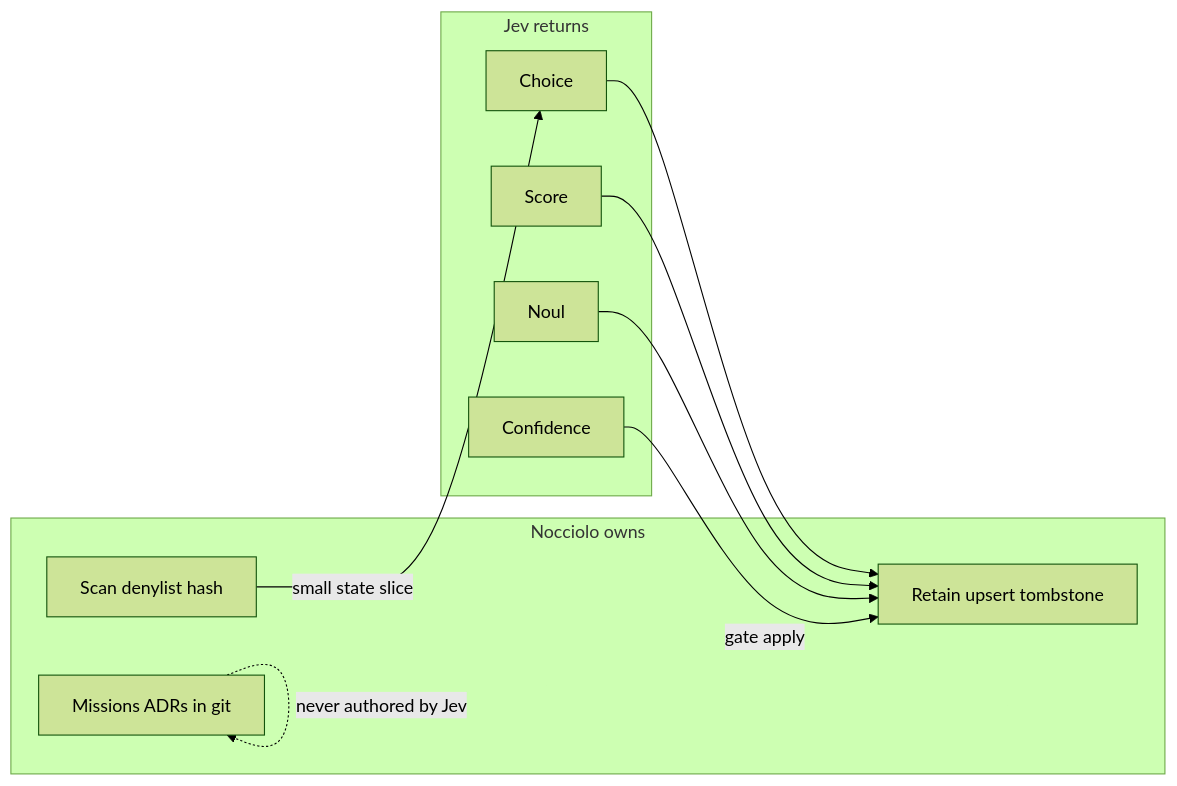
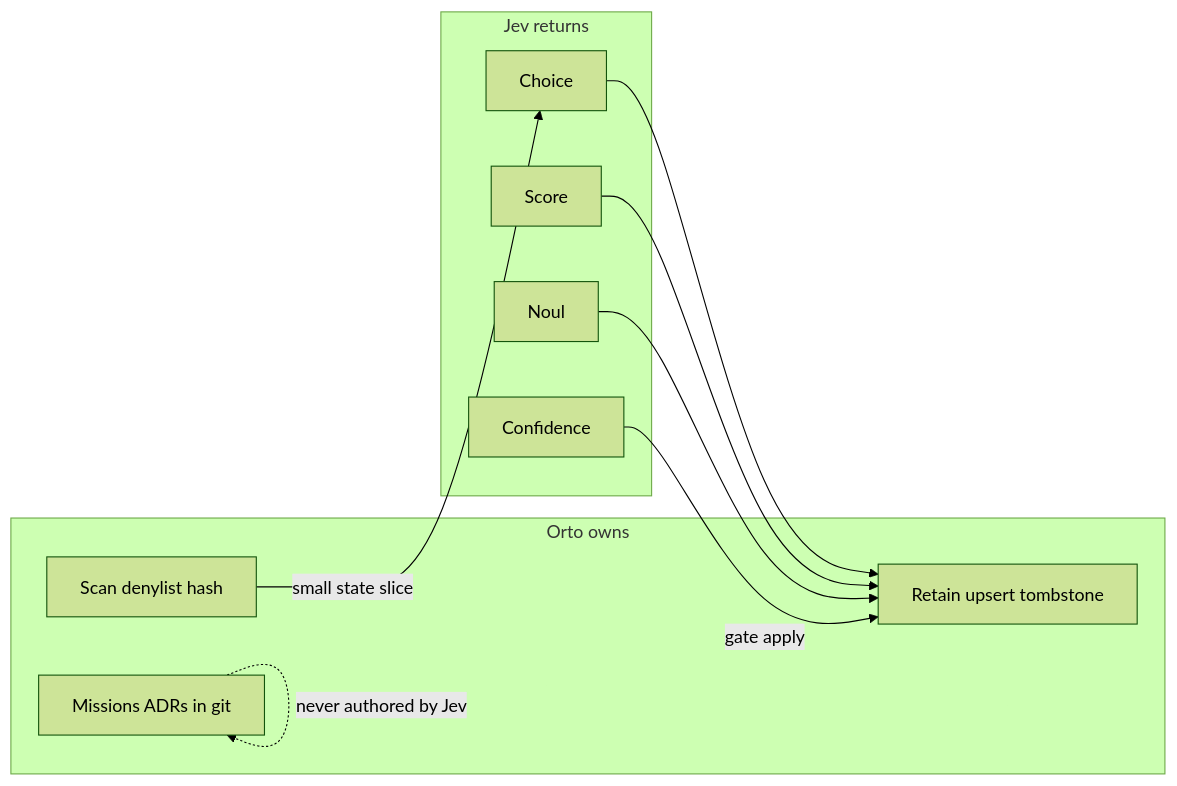
The fifth of 5 diagrams in docs/jev-diagrams.md (zanuka/nocciolo), drawn with Mermaid (forest theme) before and after one commit. The commit also changed other lines of this file and 118 other files, not shown here.

First line of the commit message:
Rename Nocciolo to Orto across the CLI, package, config dir, env vars, and docs.

````diff
--- a/docs/jev-diagrams.md
+++ b/docs/jev-diagrams.md
@@ -157,22 +157,22 @@
 ```mermaid
 flowchart LR
-  subgraph noccioloOwns [Nocciolo owns]
+  subgraph ortoOwns [Orto owns]
     scanOwn[Scan denylist hash]
     sideEffects[Retain upsert tombstone]
     prose[Missions ADRs in git]
   end
 
   subgraph jevReturns [Jev returns]
     choice[Choice]
     score[Score]
     noul[Noul]
     conf[Confidence]
   end
 
   scanOwn -->|"small state slice"| choice
   choice --> sideEffects
   score --> sideEffects
   noul --> sideEffects
   conf -->|"gate apply"| sideEffects
   prose -.->|"never authored by Jev"| prose
 ```
````
